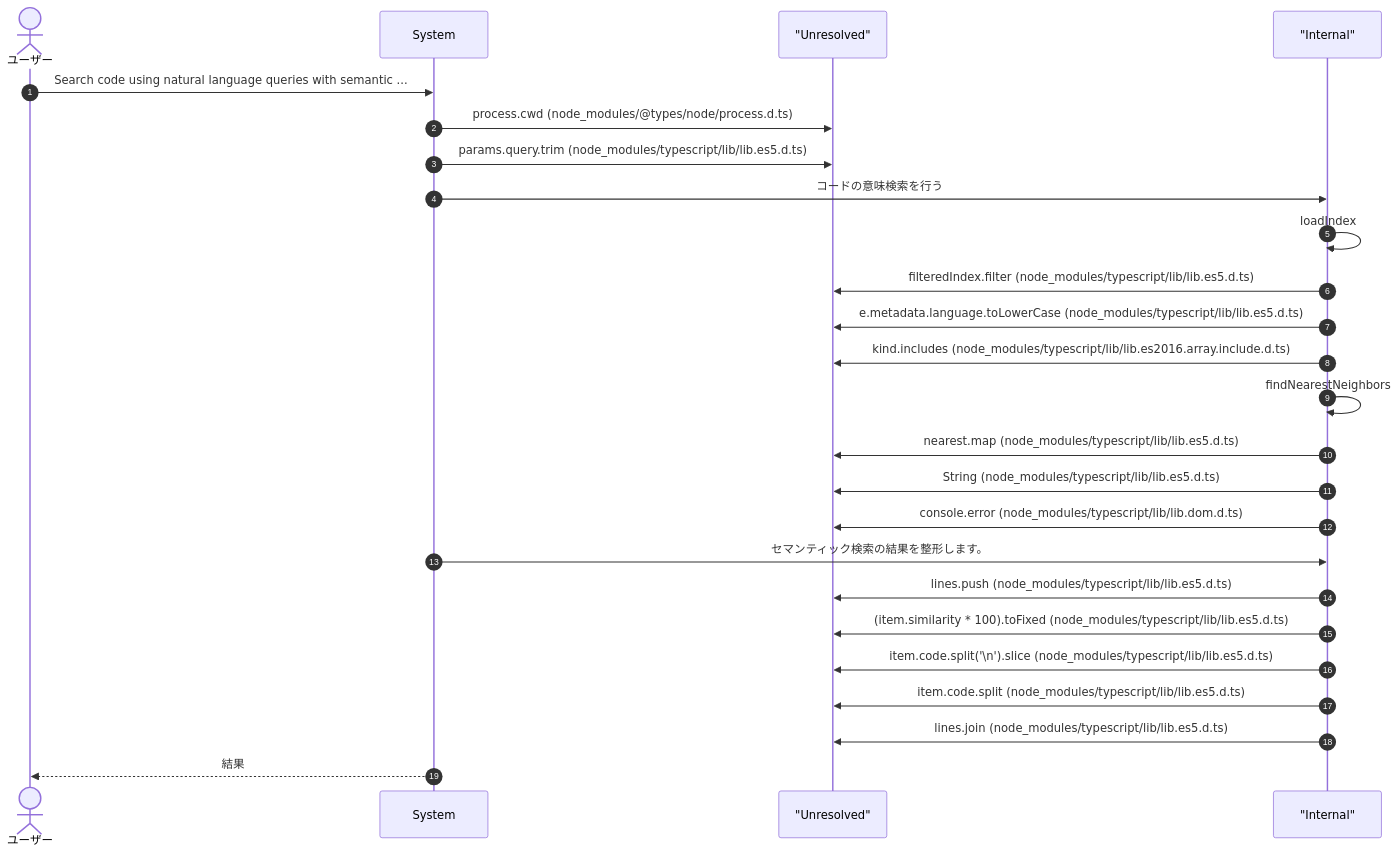
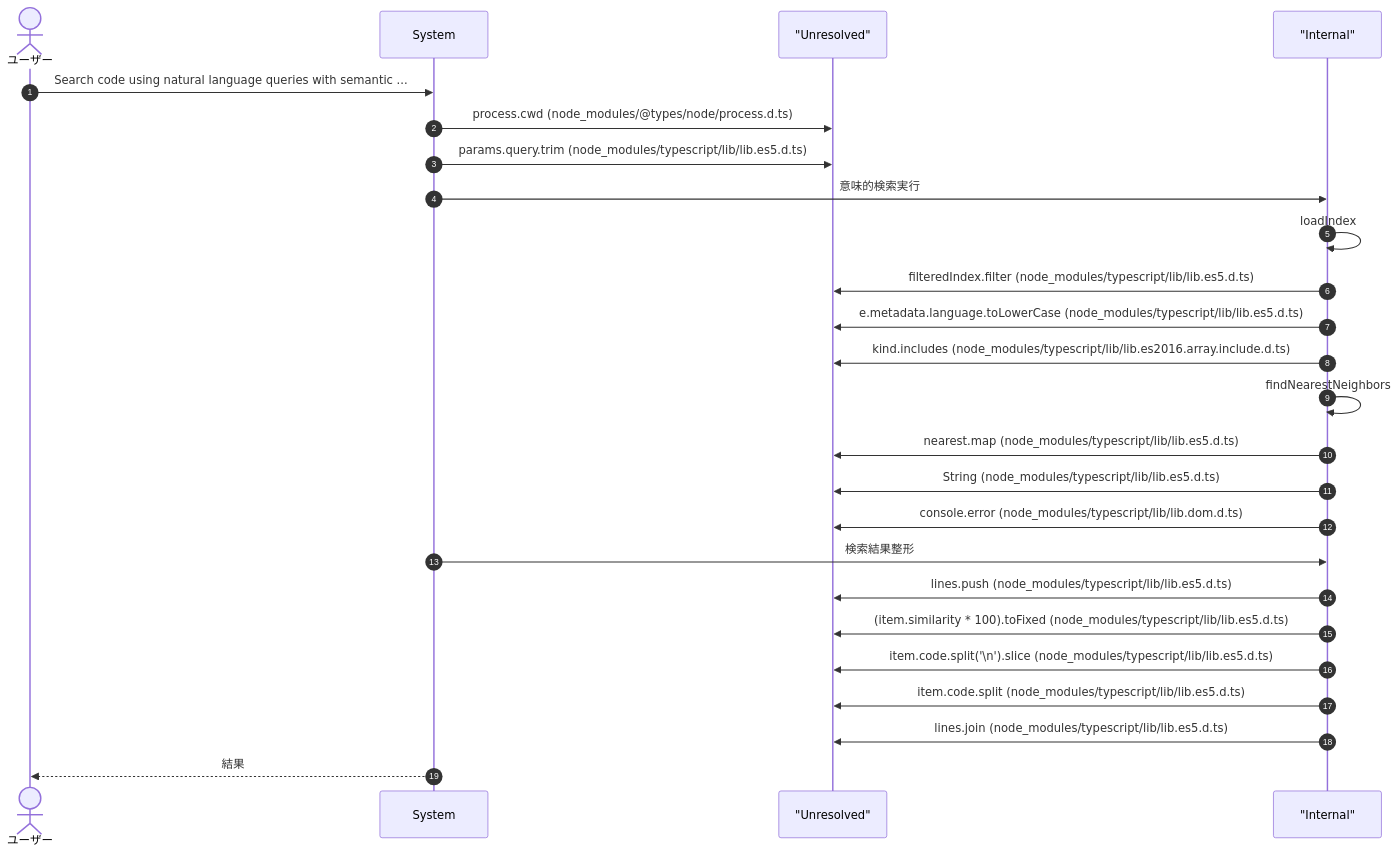
Before and after one commit to Mekann2904/mekann: the ninth of 10 diagrams in ABDD/.pi/extensions/search/index.md, drawn with Mermaid. The commit also changed other lines of this file and 212 other files, not shown here.

````diff
--- a/ABDD/.pi/extensions/search/index.md
+++ b/ABDD/.pi/extensions/search/index.md
@@ -486,29 +486,29 @@
 ```mermaid
 sequenceDiagram
   autonumber
   actor User as ユーザー
   participant System as System
   participant Unresolved as "Unresolved"
   participant Internal as "Internal"
 
   User->>System: Search code using natural language queries with semantic ...
   System->>Unresolved: process.cwd (node_modules/@types/node/process.d.ts)
   System->>Unresolved: params.query.trim (node_modules/typescript/lib/lib.es5.d.ts)
-  System->>Internal: コードの意味検索を行う
+  System->>Internal: 意味的検索実行
   Internal->>Internal: loadIndex
   Internal->>Unresolved: filteredIndex.filter (node_modules/typescript/lib/lib.es5.d.ts)
   Internal->>Unresolved: e.metadata.language.toLowerCase (node_modules/typescript/lib/lib.es5.d.ts)
   Internal->>Unresolved: kind.includes (node_modules/typescript/lib/lib.es2016.array.include.d.ts)
   Internal->>Internal: findNearestNeighbors
   Internal->>Unresolved: nearest.map (node_modules/typescript/lib/lib.es5.d.ts)
   Internal->>Unresolved: String (node_modules/typescript/lib/lib.es5.d.ts)
   Internal->>Unresolved: console.error (node_modules/typescript/lib/lib.dom.d.ts)
-  System->>Internal: セマンティック検索の結果を整形します。
+  System->>Internal: 検索結果整形
   Internal->>Unresolved: lines.push (node_modules/typescript/lib/lib.es5.d.ts)
   Internal->>Unresolved: (item.similarity * 100).toFixed (node_modules/typescript/lib/lib.es5.d.ts)
   Internal->>Unresolved: item.code.split('\n').slice (node_modules/typescript/lib/lib.es5.d.ts)
   Internal->>Unresolved: item.code.split (node_modules/typescript/lib/lib.es5.d.ts)
   Internal->>Unresolved: lines.join (node_modules/typescript/lib/lib.es5.d.ts)
   System-->>User: 結果
 
 ```
````
